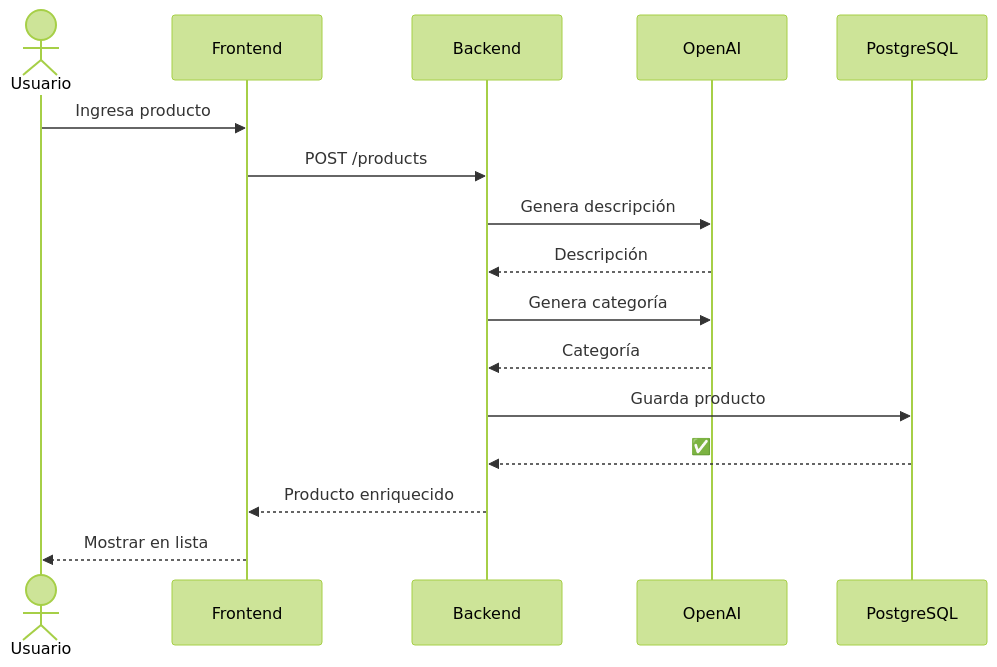
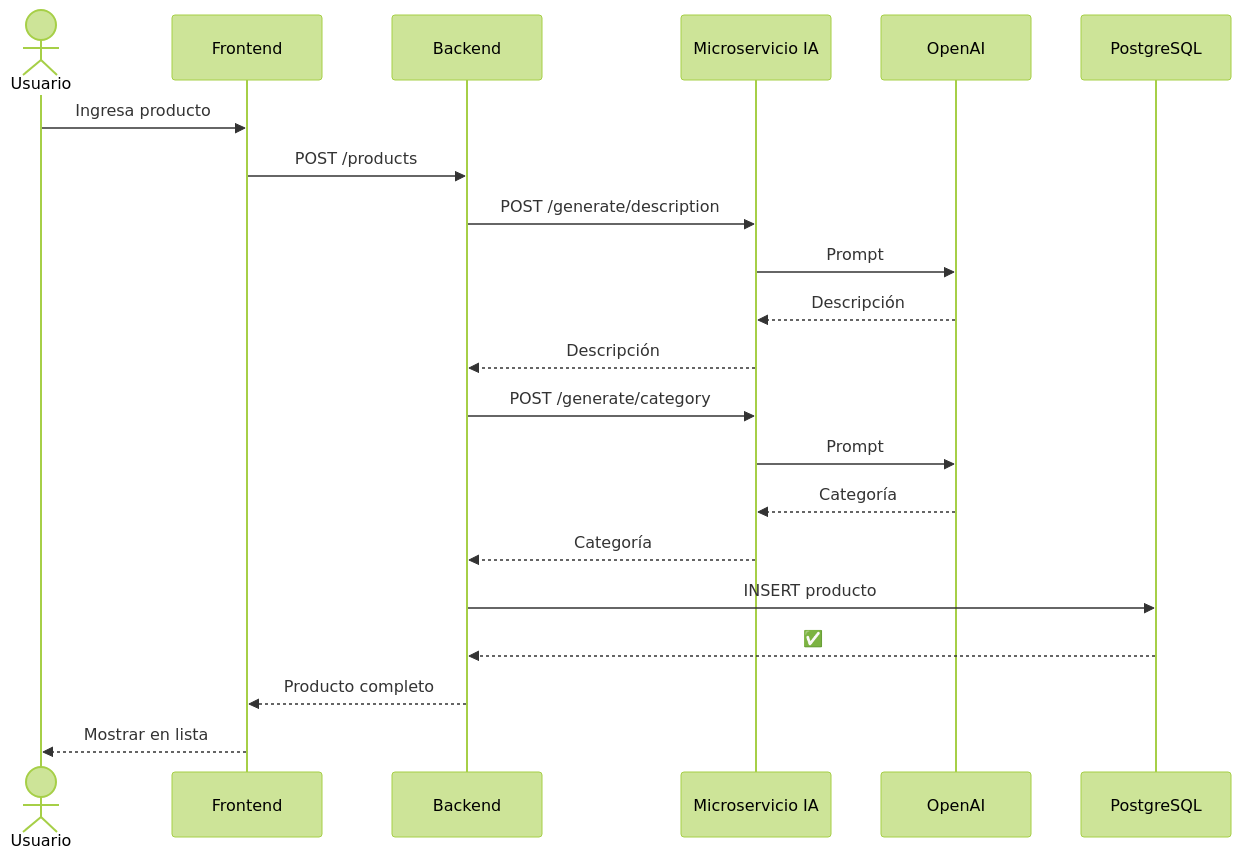
One commit to Revolutionnnn/gestor-ia changed the second of 3 diagrams in DIAGRAMS.md. Above: the diagram before and after it, drawn with Mermaid (forest theme). The commit also changed other lines of this file and 3 other files, not shown here.

Commit message:
Update architecture documentation to include Microservicio Alertas; refine service descriptions and flow diagrams

````diff
--- a/DIAGRAMS.md
+++ b/DIAGRAMS.md
@@ -24,19 +31,24 @@
 ```mermaid
 sequenceDiagram
     actor U as Usuario
     participant UI as Frontend
     participant API as Backend
+    participant IA as Microservicio IA
     participant LLM as OpenAI
     participant DB as PostgreSQL
 
     U->>UI: Ingresa producto
     UI->>API: POST /products
-    API->>LLM: Genera descripción
-    LLM-->>API: Descripción
-    API->>LLM: Genera categoría
-    LLM-->>API: Categoría
-    API->>DB: Guarda producto
+    API->>IA: POST /generate/description
+    IA->>LLM: Prompt
+    LLM-->>IA: Descripción
+    IA-->>API: Descripción
+    API->>IA: POST /generate/category
+    IA->>LLM: Prompt
+    LLM-->>IA: Categoría
+    IA-->>API: Categoría
+    API->>DB: INSERT producto
     DB-->>API: ✅
-    API-->>UI: Producto enriquecido
+    API-->>UI: Producto completo
     UI-->>U: Mostrar en lista
 ```
````
